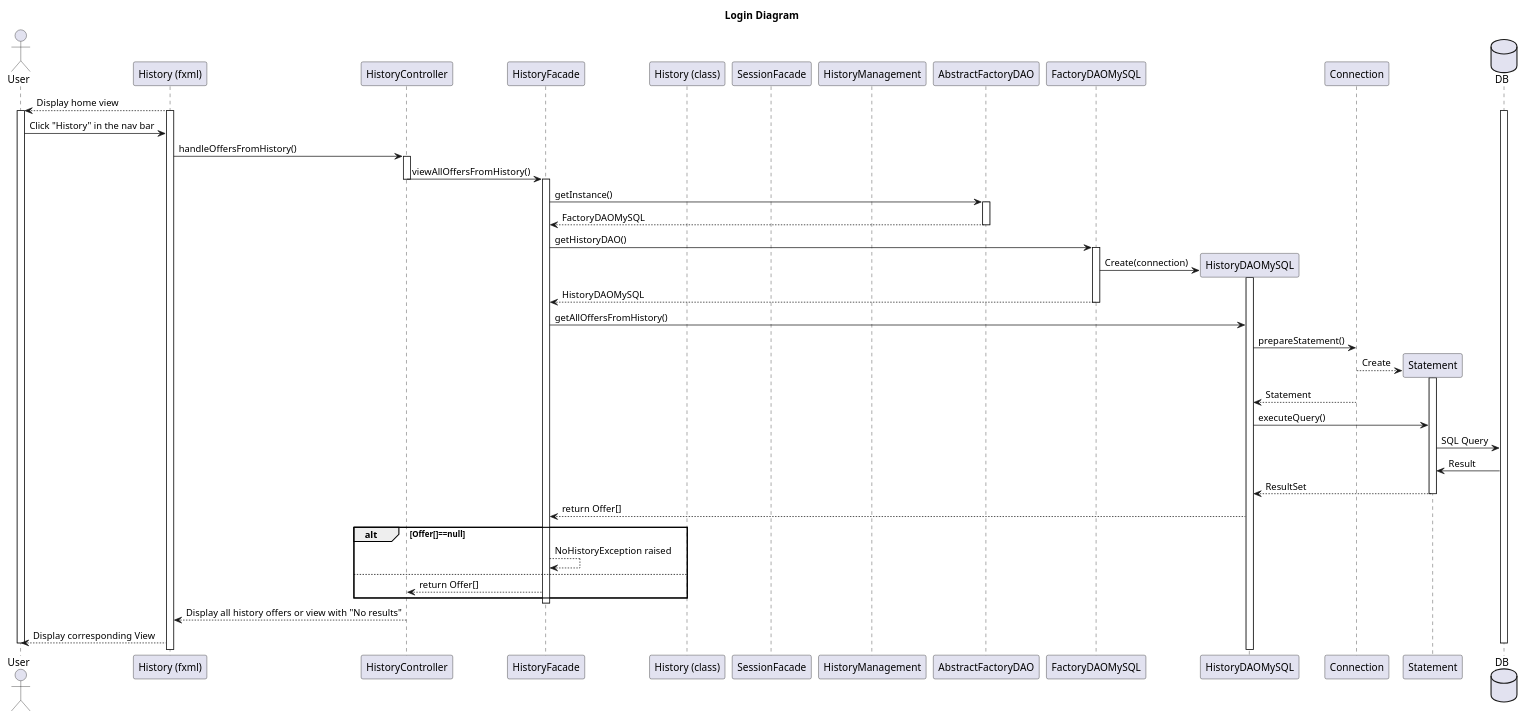
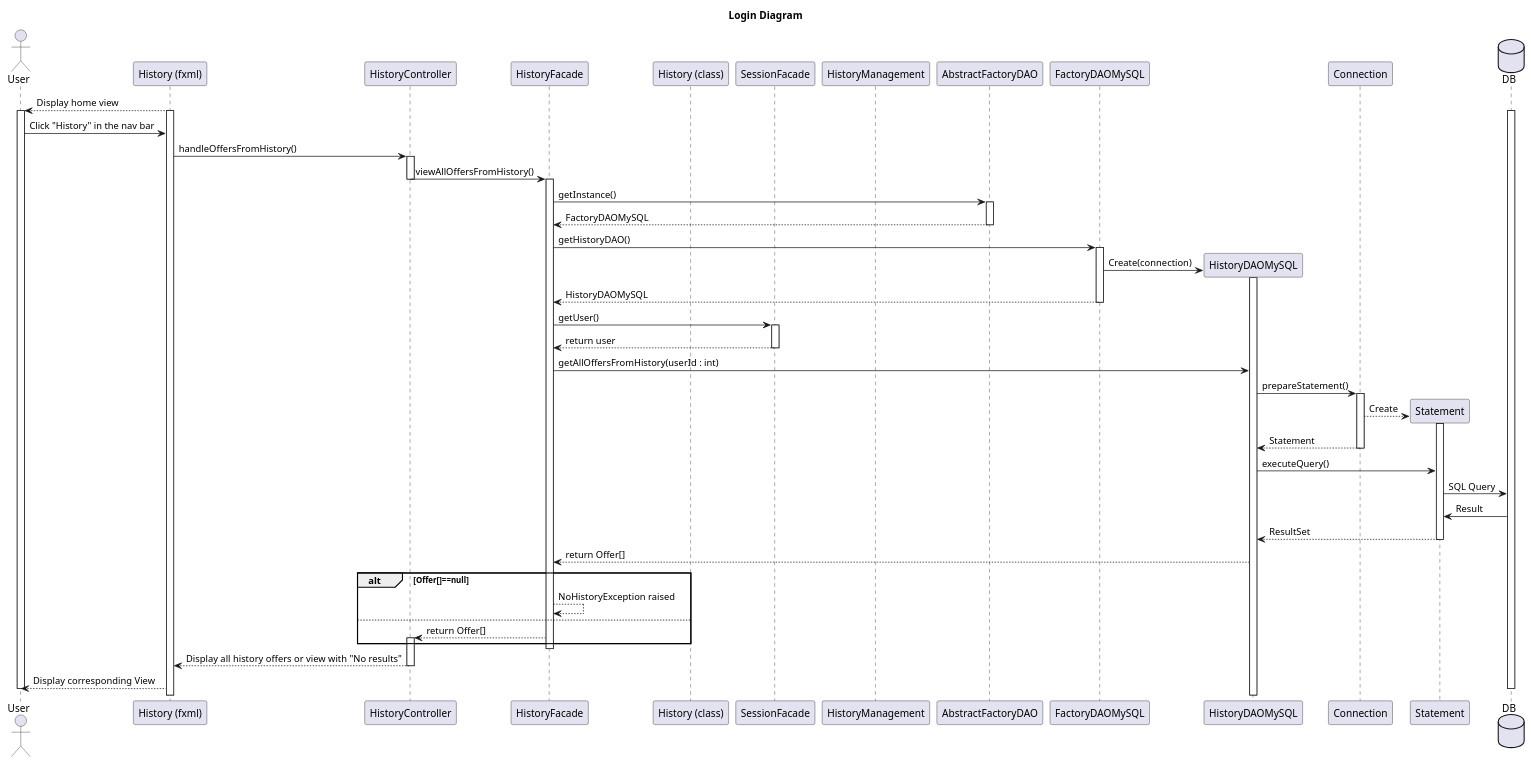
The diagram in documents/diagram/history/historySequence.puml (LaunoisRemy/ToolShare), drawn with PlantUML before and after one commit. The commit also changed 4 other files, not shown here.

Commit message:
UPDATE : history and reservation diagrams

```diff
--- a/documents/diagram/history/historySequence.puml
+++ b/documents/diagram/history/historySequence.puml
@@ -1,96 +1,103 @@
 @startuml
 title Login Diagram
 
 actor User
 participant "History (fxml)"
 participant HistoryController
 participant HistoryFacade
 participant "History (class)"
 participant SessionFacade
 participant HistoryManagement
 participant AbstractFactoryDAO
 participant FactoryDAOMySQL
 participant HistoryDAOMySQL
 participant Connection
 participant Statement
 database DB
 
 
 "History (fxml)"-->User: Display home view
 
 activate "History (fxml)"
 activate User
 activate DB
 
 
 User->"History (fxml)": Click "History" in the nav bar
 
 "History (fxml)"->HistoryController: handleOffersFromHistory()
 
 activate HistoryController
 
 HistoryController->HistoryFacade:viewAllOffersFromHistory()
 
 deactivate HistoryController
 
 activate HistoryFacade
 
 HistoryFacade->AbstractFactoryDAO:getInstance()
 activate AbstractFactoryDAO
 
 AbstractFactoryDAO--> HistoryFacade : FactoryDAOMySQL
 deactivate AbstractFactoryDAO
 
 HistoryFacade -> FactoryDAOMySQL:getHistoryDAO()
 
 activate FactoryDAOMySQL
 
 FactoryDAOMySQL->HistoryDAOMySQL **:Create(connection)
 
 activate HistoryDAOMySQL
 FactoryDAOMySQL-->HistoryFacade:HistoryDAOMySQL
 
 deactivate FactoryDAOMySQL
-HistoryFacade->HistoryDAOMySQL:getAllOffersFromHistory()
+
+HistoryFacade->SessionFacade: getUser()
+activate SessionFacade
+SessionFacade-->HistoryFacade: return user
+deactivate SessionFacade
+
+HistoryFacade->HistoryDAOMySQL:getAllOffersFromHistory(userId : int)
 HistoryDAOMySQL->Connection: prepareStatement()
+activate Connection
 
 Connection-->Statement **: Create
 
 activate Statement
 
 Connection-->HistoryDAOMySQL: Statement
 
 deactivate Connection
 
 HistoryDAOMySQL->Statement:executeQuery()
 
 Statement->DB: SQL Query
 
 DB->Statement:Result
 
 Statement-->HistoryDAOMySQL: ResultSet
 
 deactivate Statement
 
 HistoryDAOMySQL-->HistoryFacade: return Offer[]
 alt Offer[]==null
     HistoryFacade-->HistoryFacade: NoHistoryException raised
 else
     HistoryFacade-->HistoryController : return Offer[]
+    activate HistoryController
 end
 
-activate HistoryController
 
 deactivate HistoryFacade
 
 HistoryController-->"History (fxml)": Display all history offers or view with "No results"
 
 deactivate HistoryController
 
 "History (fxml)"-->User: Display corresponding View
 
 deactivate DB
 deactivate HistoryManagement
 deactivate User
 
 @enduml
```
